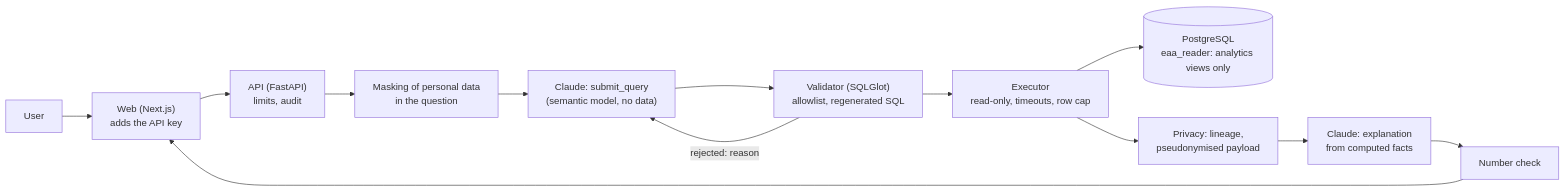
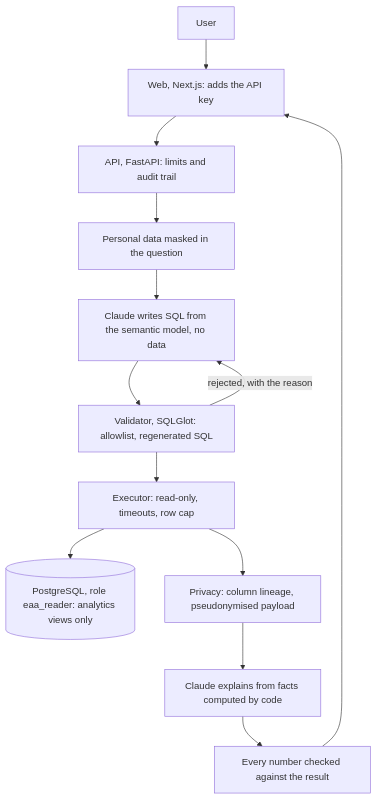
The diagram in README.md (AurelienB20/enterprise-ai-analyst), drawn with Mermaid before and after one commit.

Commit message:
README: a Mermaid diagram GitHub renders (top-down, plain edge labels)

````diff
--- a/README.md
+++ b/README.md
@@ -29,15 +29,15 @@
 ```mermaid
-flowchart LR
-    U[User] --> W["Web (Next.js)<br/>adds the API key"]
-    W --> A["API (FastAPI)<br/>limits, audit"]
-    A --> M["Masking of personal data<br/>in the question"]
-    M --> L1["Claude: submit_query<br/>(semantic model, no data)"]
-    L1 --> V["Validator (SQLGlot)<br/>allowlist, regenerated SQL"]
-    V -- rejected: reason --> L1
-    V --> E["Executor<br/>read-only, timeouts, row cap"]
-    E --> DB[("PostgreSQL<br/>eaa_reader: analytics views only")]
-    E --> P["Privacy: lineage,<br/>pseudonymised payload"]
-    P --> L2["Claude: explanation<br/>from computed facts"]
-    L2 --> N["Number check"]
+flowchart TD
+    U["User"] --> W["Web, Next.js: adds the API key"]
+    W --> A["API, FastAPI: limits and audit trail"]
+    A --> M["Personal data masked in the question"]
+    M --> L1["Claude writes SQL from the semantic model, no data"]
+    L1 --> V["Validator, SQLGlot: allowlist, regenerated SQL"]
+    V -->|rejected, with the reason| L1
+    V --> E["Executor: read-only, timeouts, row cap"]
+    E --> DB[("PostgreSQL, role eaa_reader: analytics views only")]
+    E --> P["Privacy: column lineage, pseudonymised payload"]
+    P --> L2["Claude explains from facts computed by code"]
+    L2 --> N["Every number checked against the result"]
     N --> W
 ```
````
